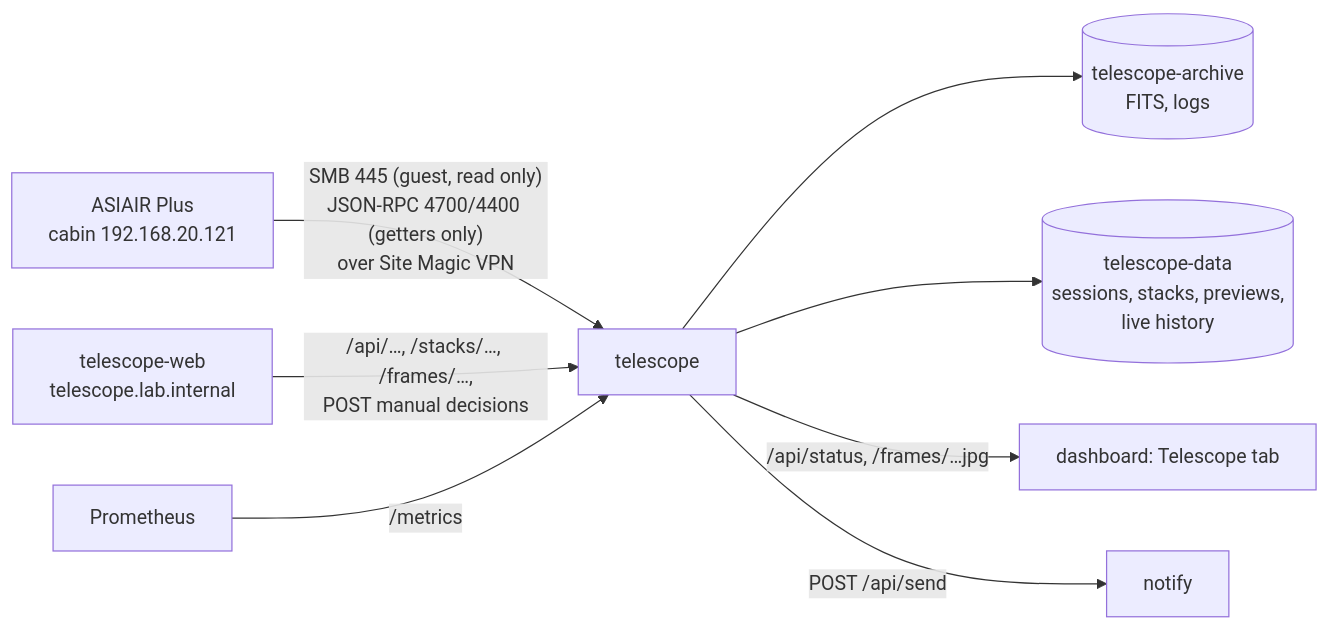
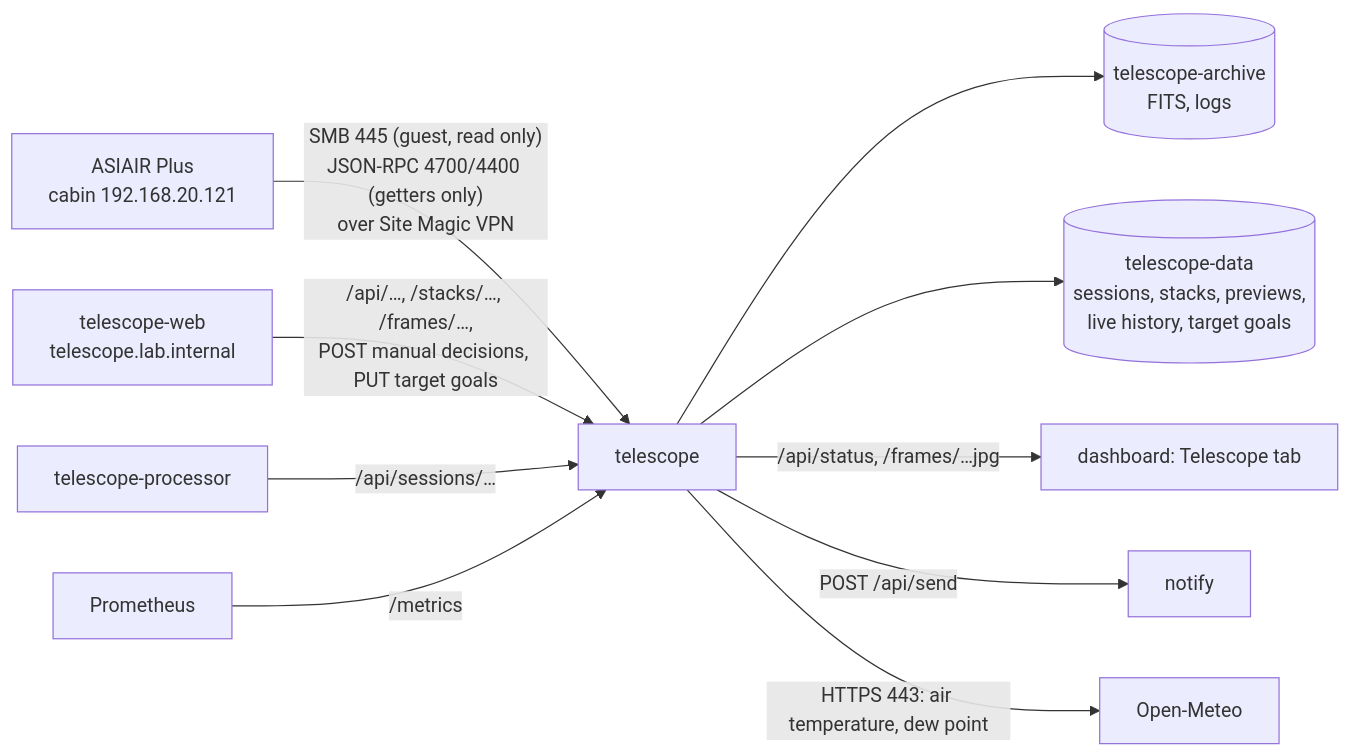
Before and after one commit to legendary-jarppi/homelab: the diagram in apps/telescope/README.md, drawn with Mermaid. The commit also changed other lines of this file and 102 other files, not shown here.

Commit message:
Telescope R2 (notifications, planner, goals) and R3 (calibration library, Siril final stacks, downloads): service, web and new processor

````diff
--- a/apps/telescope/README.md
+++ b/apps/telescope/README.md
@@ -5,10 +5,12 @@
 ```mermaid
 flowchart LR
   air[ASIAIR Plus<br/>cabin 192.168.20.121] -- "SMB 445 (guest, read only)<br/>JSON-RPC 4700/4400 (getters only)<br/>over Site Magic VPN" --> t[telescope]
   t --> a[(telescope-archive<br/>FITS, logs)]
-  t --> s[(telescope-data<br/>sessions, stacks, previews,<br/>live history)]
+  t --> s[(telescope-data<br/>sessions, stacks, previews,<br/>live history, target goals)]
   t -- "/api/status, /frames/…jpg" --> d[dashboard: Telescope tab]
-  w[telescope-web<br/>telescope.lab.internal] -- "/api/…, /stacks/…, /frames/…,<br/>POST manual decisions" --> t
+  w[telescope-web<br/>telescope.lab.internal] -- "/api/…, /stacks/…, /frames/…,<br/>POST manual decisions, PUT target goals" --> t
+  pr[telescope-processor] -- "/api/sessions/…" --> t
   t -- "POST /api/send" --> n[notify]
+  t -- "HTTPS 443: air temperature, dew point" --> om[Open-Meteo]
   p[Prometheus] -- /metrics --> t
 ```
````
